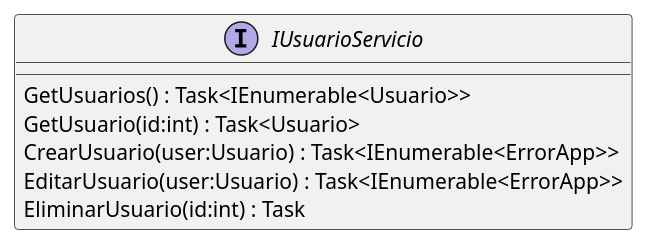
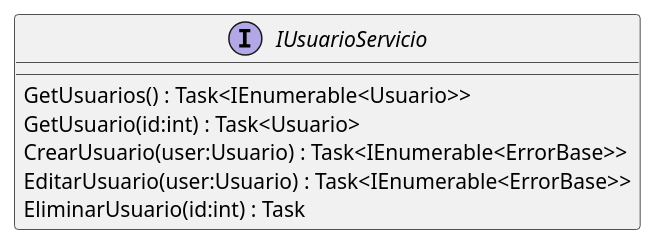
Before and after one commit to wkrea/BlogPost-appdemo: the diagram in BackEnd/App.Core/Servicios/IUsuarioServicio.puml, drawn with PlantUML. The commit also changed 23 other files, not shown here.

```diff
--- a/BackEnd/App.Core/Servicios/IUsuarioServicio.puml
+++ b/BackEnd/App.Core/Servicios/IUsuarioServicio.puml
@@ -1,9 +1,9 @@
 @startuml
 interface IUsuarioServicio {
     GetUsuarios() : Task<IEnumerable<Usuario>>
     GetUsuario(id:int) : Task<Usuario>
-    CrearUsuario(user:Usuario) : Task<IEnumerable<ErrorApp>>
-    EditarUsuario(user:Usuario) : Task<IEnumerable<ErrorApp>>
+    CrearUsuario(user:Usuario) : Task<IEnumerable<ErrorBase>>
+    EditarUsuario(user:Usuario) : Task<IEnumerable<ErrorBase>>
     EliminarUsuario(id:int) : Task
 }
 @enduml
```
